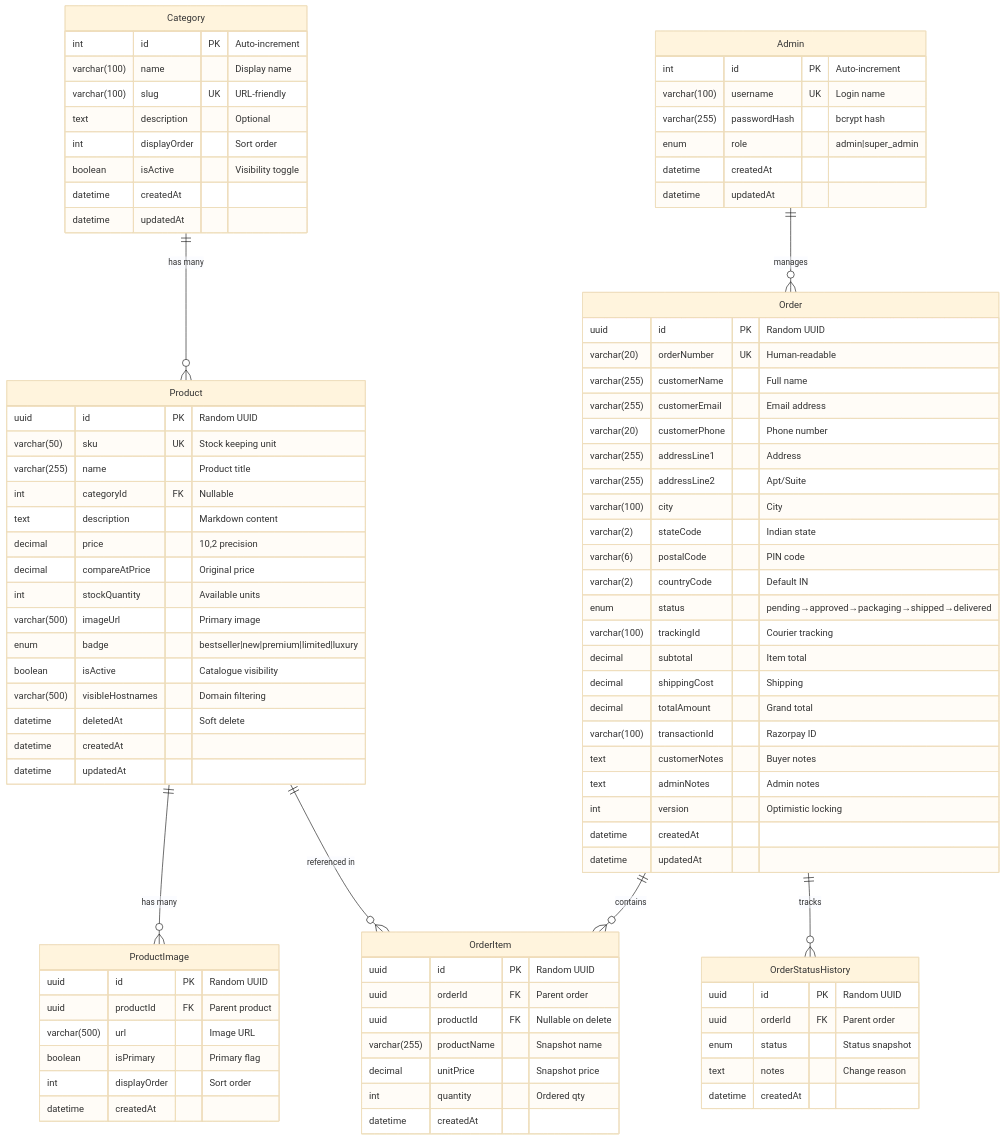
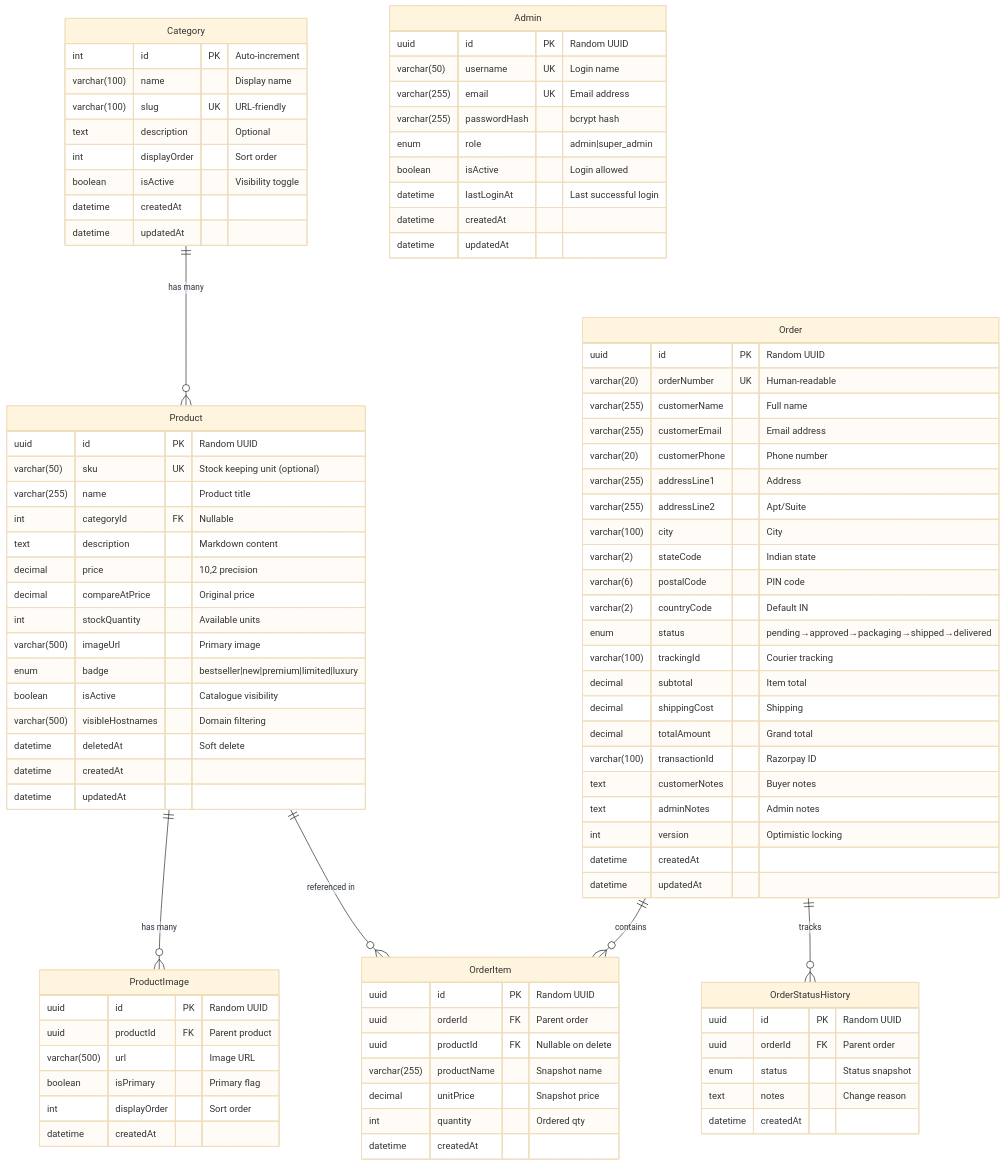
The second of 10 diagrams in chinni-treasure/docs/ARCHITECTURE_DIAGRAMS.md (deepak-sekarbabu-coder/chinni-treasure), drawn with Mermaid (base theme) before and after one commit. The commit also changed other lines of this file and 10 other files, not shown here.

```diff
--- a/chinni-treasure/docs/ARCHITECTURE_DIAGRAMS.md
+++ b/chinni-treasure/docs/ARCHITECTURE_DIAGRAMS.md
@@ -85,7 +85,6 @@
     Product ||--o{ OrderItem : "referenced in"
     Order ||--o{ OrderItem : "contains"
     Order ||--o{ OrderStatusHistory : "tracks"
-    Admin ||--o{ Order : "manages"
 
     Category {
         int id PK "Auto-increment"
@@ -100,7 +99,7 @@
 
     Product {
         uuid id PK "Random UUID"
-        varchar(50) sku UK "Stock keeping unit"
+        varchar(50) sku UK "Stock keeping unit (optional)"
         varchar(255) name "Product title"
         int categoryId FK "Nullable"
         text description "Markdown content"
@@ -169,10 +168,13 @@
     }
 
     Admin {
-        int id PK "Auto-increment"
-        varchar(100) username UK "Login name"
+        uuid id PK "Random UUID"
+        varchar(50) username UK "Login name"
+        varchar(255) email UK "Email address"
         varchar(255) passwordHash "bcrypt hash"
         enum role "admin|super_admin"
+        boolean isActive "Login allowed"
+        datetime lastLoginAt "Last successful login"
         datetime createdAt
         datetime updatedAt
     }
```
